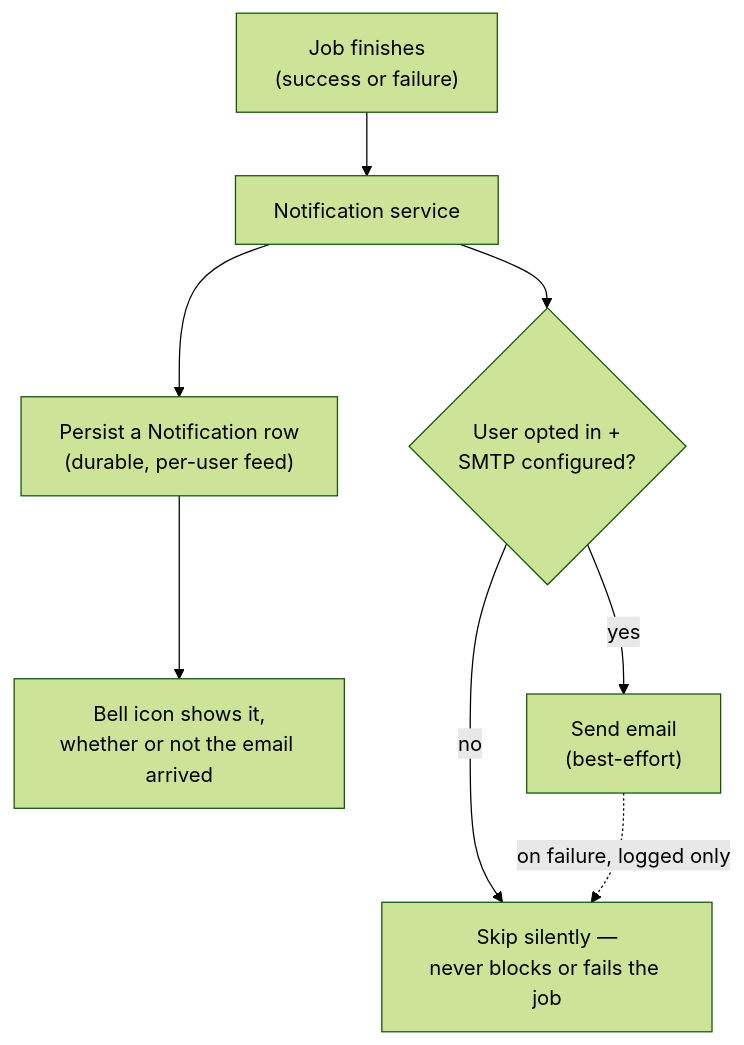
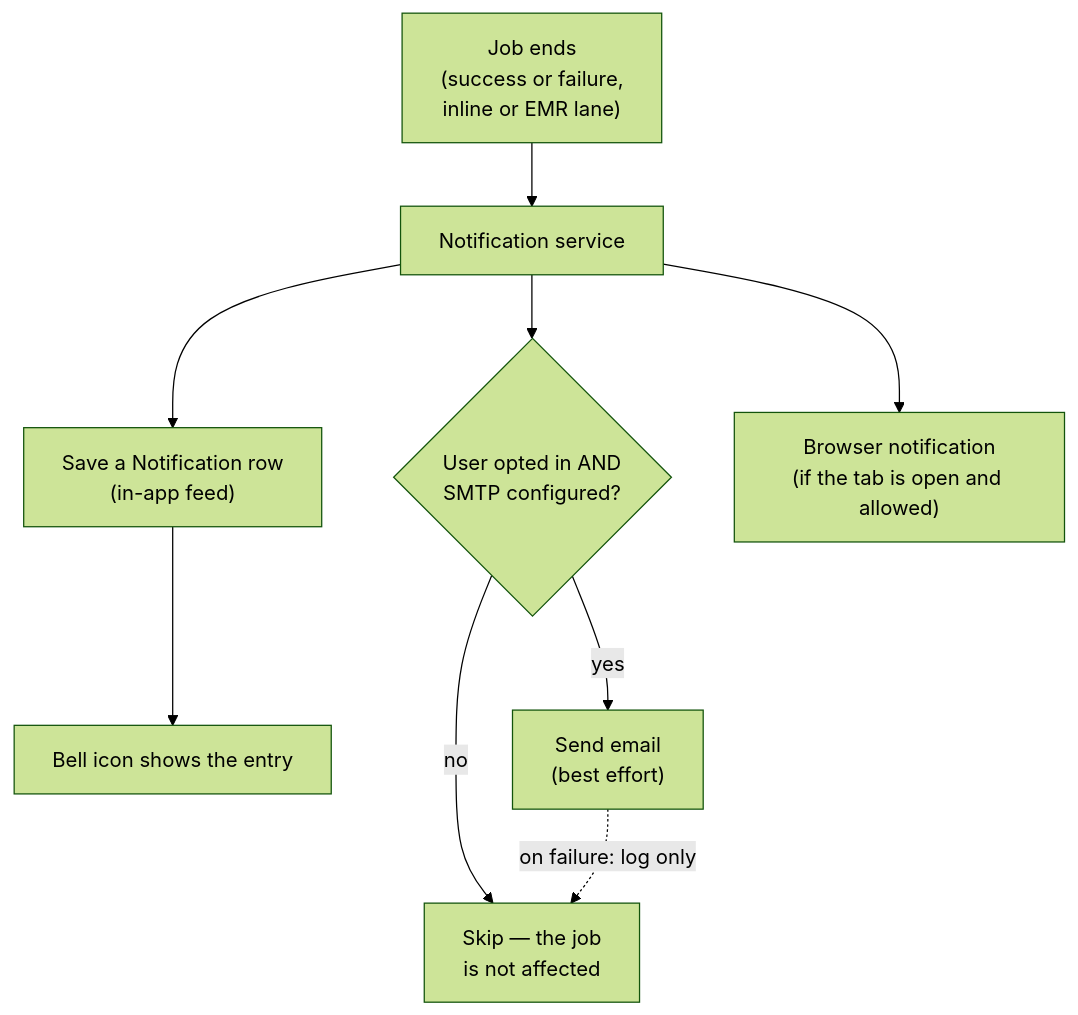
The diagram in docs/features/notifications.md (DataShield-sp18/data-shield-docs), drawn with Mermaid (forest theme) before and after one commit. The commit also changed other lines of this file and 8 other files, not shown here.

````diff
--- a/docs/features/notifications.md
+++ b/docs/features/notifications.md
@@ -7,10 +5,11 @@
 ```mermaid
 flowchart TD
-    A["Job finishes<br/>(success or failure)"] --> B["Notification service"]
-    B --> C["Persist a Notification row<br/>(durable, per-user feed)"]
-    B --> D{"User opted in +<br/>SMTP configured?"}
-    D -- no --> E["Skip silently —<br/>never blocks or fails the job"]
-    D -- yes --> F["Send email<br/>(best-effort)"]
-    F -.on failure, logged only.-> E
-    C --> G["Bell icon shows it,<br/>whether or not the email arrived"]
+    A["Job ends<br/>(success or failure,<br/>inline or EMR lane)"] --> B["Notification service"]
+    B --> C["Save a Notification row<br/>(in-app feed)"]
+    B --> D{"User opted in AND<br/>SMTP configured?"}
+    D -- no --> E["Skip — the job<br/>is not affected"]
+    D -- yes --> F["Send email<br/>(best effort)"]
+    F -. "on failure: log only" .-> E
+    C --> G["Bell icon shows the entry"]
+    B --> H["Browser notification<br/>(if the tab is open and allowed)"]
 ```
````
